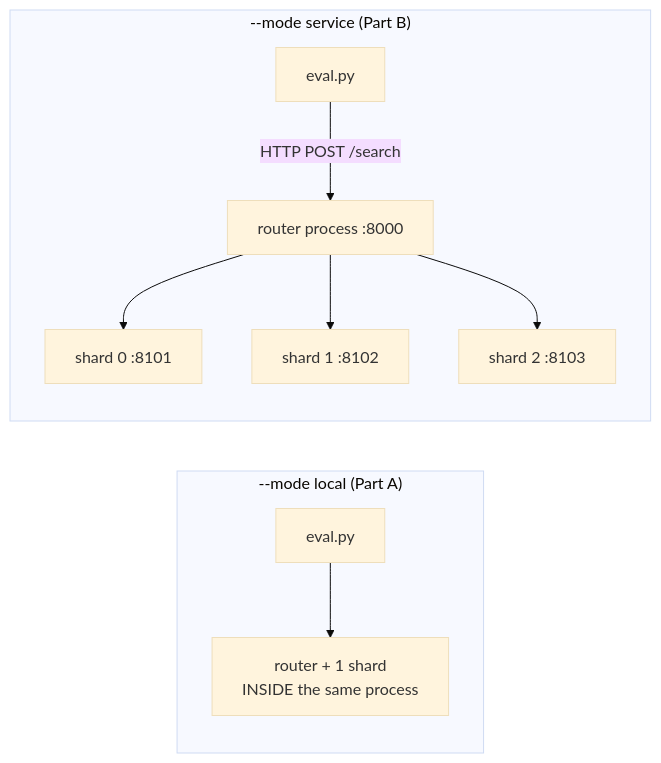
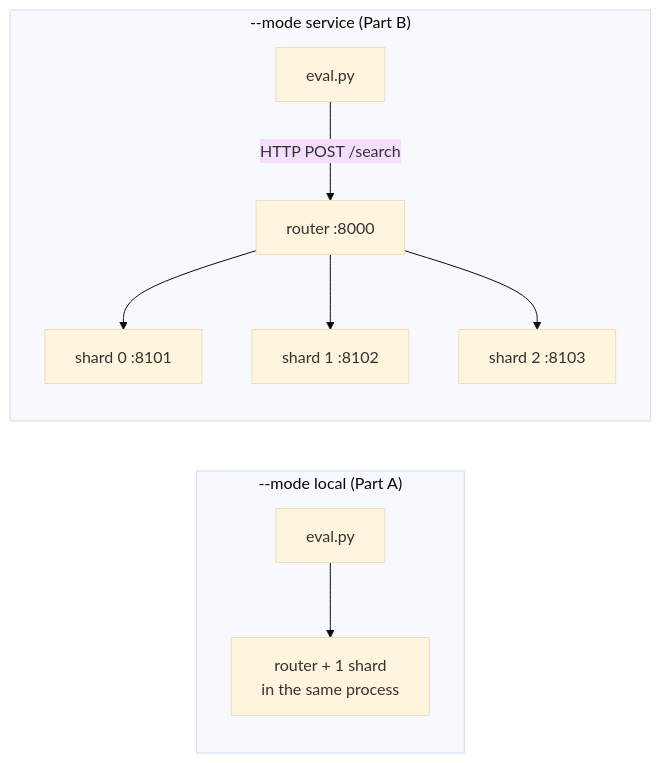
The third of 3 diagrams in docs/eval.md (node31/fiqa-agentic-retrieval), drawn with Mermaid (base theme) before and after one commit. The commit also changed other lines of this file and 38 other files, not shown here.

````diff
--- a/docs/eval.md
+++ b/docs/eval.md
@@ -110,12 +75,12 @@
 ```mermaid
 flowchart LR
     subgraph L["--mode local (Part A)"]
-      E1["eval.py"] --> R1["router + 1 shard<br/>INSIDE the same process"]
+      E1["eval.py"] --> R1["router + 1 shard<br/>in the same process"]
     end
     subgraph S["--mode service (Part B)"]
-      E2["eval.py"] -- "HTTP POST /search" --> R2["router process :8000"]
+      E2["eval.py"] -- "HTTP POST /search" --> R2["router :8000"]
       R2 --> S0["shard 0 :8101"]
       R2 --> S1["shard 1 :8102"]
       R2 --> S2["shard 2 :8103"]
     end
 ```
````
